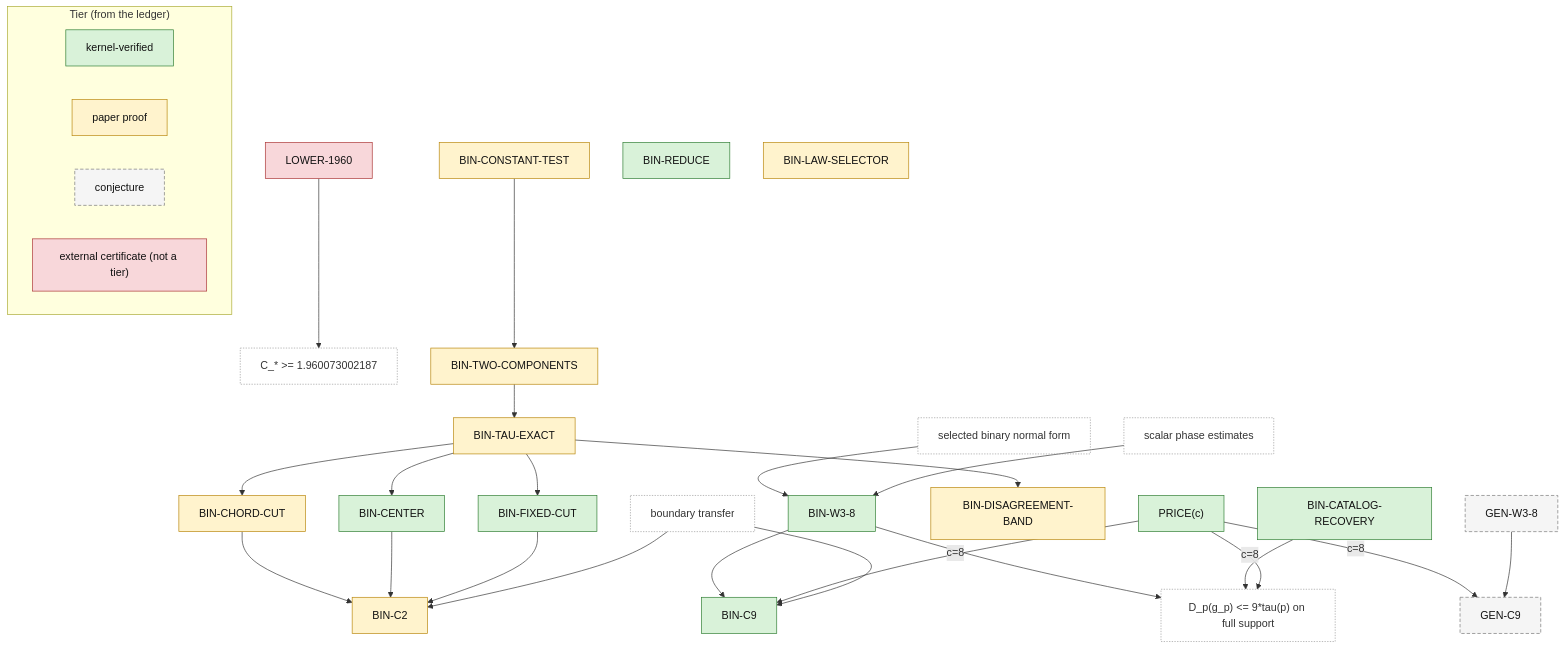
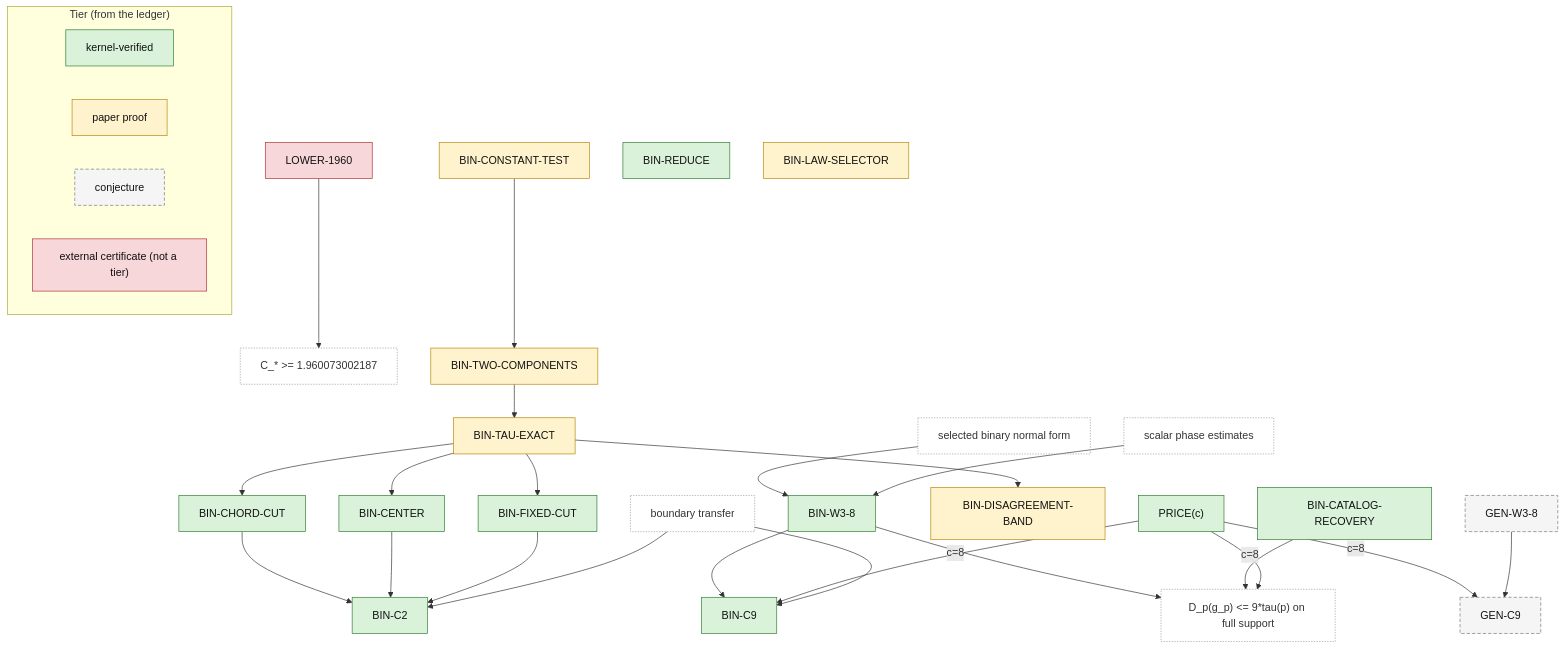
One commit to AlexisOlson/stochastic-to-deterministic-latents changed the diagram in docs/claims.md. Above: the diagram before and after it, drawn with Mermaid. The commit also changed other lines of this file and 23 other files, not shown here.

````diff
--- a/docs/claims.md
+++ b/docs/claims.md
@@ -50,62 +61,62 @@
 ```mermaid
 %% Claim DAG from docs/claims.md. Edge A --> B means B depends on A.
 %% Node colour is the ledger tier; dashed plain nodes are inputs that are not claims.
 %% Generated by gen_diagrams.py; do not edit by hand.
 graph TD
   selected_binary_normal_form["selected binary normal form"]:::aux
   BIN_W3_8["BIN-W3-8"]:::kernel
   scalar_phase_estimates["scalar phase estimates"]:::aux
   BIN_C9["BIN-C9"]:::kernel
   PRICE_c["PRICE(c)"]:::kernel
   boundary_transfer["boundary transfer"]:::aux
   D_p_g_p_9_tau_p_on_full_support["D_p(g_p) <= 9*tau(p) on full support"]:::aux
   BIN_CATALOG_RECOVERY["BIN-CATALOG-RECOVERY"]:::kernel
   GEN_C9["GEN-C9"]:::conjecture
   GEN_W3_8["GEN-W3-8"]:::conjecture
   LOWER_1960["LOWER-1960"]:::external
   C_1_960073002187["C_* >= 1.960073002187"]:::aux
   BIN_CONSTANT_TEST["BIN-CONSTANT-TEST"]:::paper
   BIN_TWO_COMPONENTS["BIN-TWO-COMPONENTS"]:::paper
   BIN_TAU_EXACT["BIN-TAU-EXACT"]:::paper
   BIN_DISAGREEMENT_BAND["BIN-DISAGREEMENT-BAND"]:::paper
-  BIN_CHORD_CUT["BIN-CHORD-CUT"]:::paper
+  BIN_CHORD_CUT["BIN-CHORD-CUT"]:::kernel
   BIN_CENTER["BIN-CENTER"]:::kernel
   BIN_FIXED_CUT["BIN-FIXED-CUT"]:::kernel
-  BIN_C2["BIN-C2"]:::paper
+  BIN_C2["BIN-C2"]:::kernel
   BIN_REDUCE["BIN-REDUCE"]:::kernel
   BIN_LAW_SELECTOR["BIN-LAW-SELECTOR"]:::paper
   selected_binary_normal_form --> BIN_W3_8
   scalar_phase_estimates --> BIN_W3_8
   BIN_W3_8 --> BIN_C9
   PRICE_c -- "c=8" --> BIN_C9
   boundary_transfer --> BIN_C9
   BIN_W3_8 --> D_p_g_p_9_tau_p_on_full_support
   BIN_CATALOG_RECOVERY --> D_p_g_p_9_tau_p_on_full_support
   PRICE_c -- "c=8" --> D_p_g_p_9_tau_p_on_full_support
   PRICE_c -- "c=8" --> GEN_C9
   GEN_W3_8 --> GEN_C9
   LOWER_1960 --> C_1_960073002187
   BIN_CONSTANT_TEST --> BIN_TWO_COMPONENTS
   BIN_TWO_COMPONENTS --> BIN_TAU_EXACT
   BIN_TAU_EXACT --> BIN_DISAGREEMENT_BAND
   BIN_TAU_EXACT --> BIN_CHORD_CUT
   BIN_TAU_EXACT --> BIN_CENTER
   BIN_TAU_EXACT --> BIN_FIXED_CUT
   BIN_CHORD_CUT --> BIN_C2
   BIN_CENTER --> BIN_C2
   BIN_FIXED_CUT --> BIN_C2
   boundary_transfer --> BIN_C2
   subgraph LEGEND["Tier (from the ledger)"]
     direction LR
     L_kernel["kernel-verified"]:::kernel
     L_paper["paper proof"]:::paper
     L_conjecture["conjecture"]:::conjecture
     L_external["external certificate (not a tier)"]:::external
   end
   classDef kernel fill:#d9f2d9,stroke:#2e7d32,color:#111;
   classDef paper fill:#fff3cd,stroke:#b8860b,color:#111;
   classDef interval fill:#dbe9ff,stroke:#1e5aa8,color:#111;
   classDef conjecture fill:#f5f5f5,stroke:#777,stroke-dasharray:5 3,color:#111;
   classDef external fill:#f8d7da,stroke:#a33,color:#111;
   classDef aux fill:none,stroke:#999,stroke-dasharray:2 2,color:#333;
 ```
````
